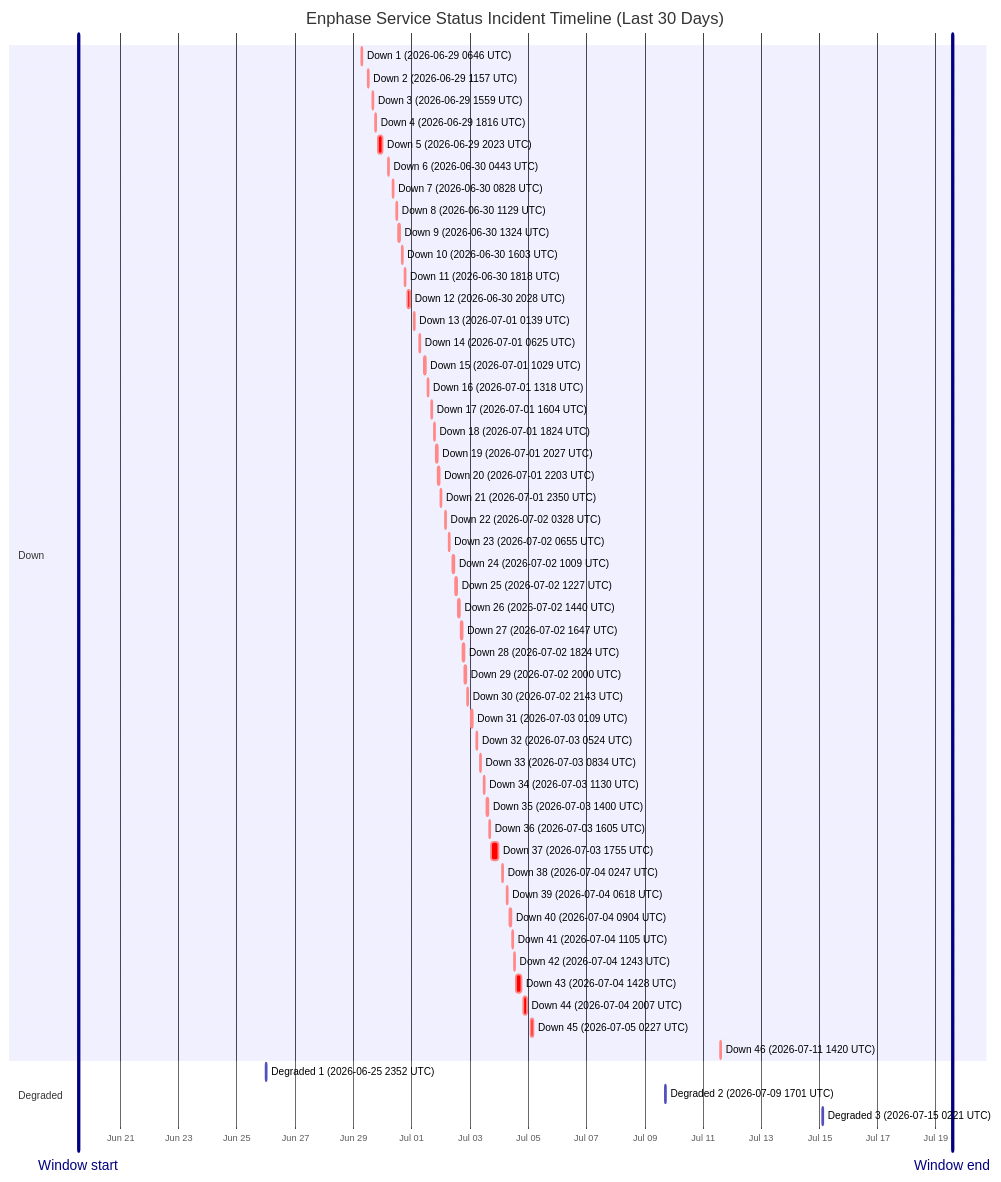
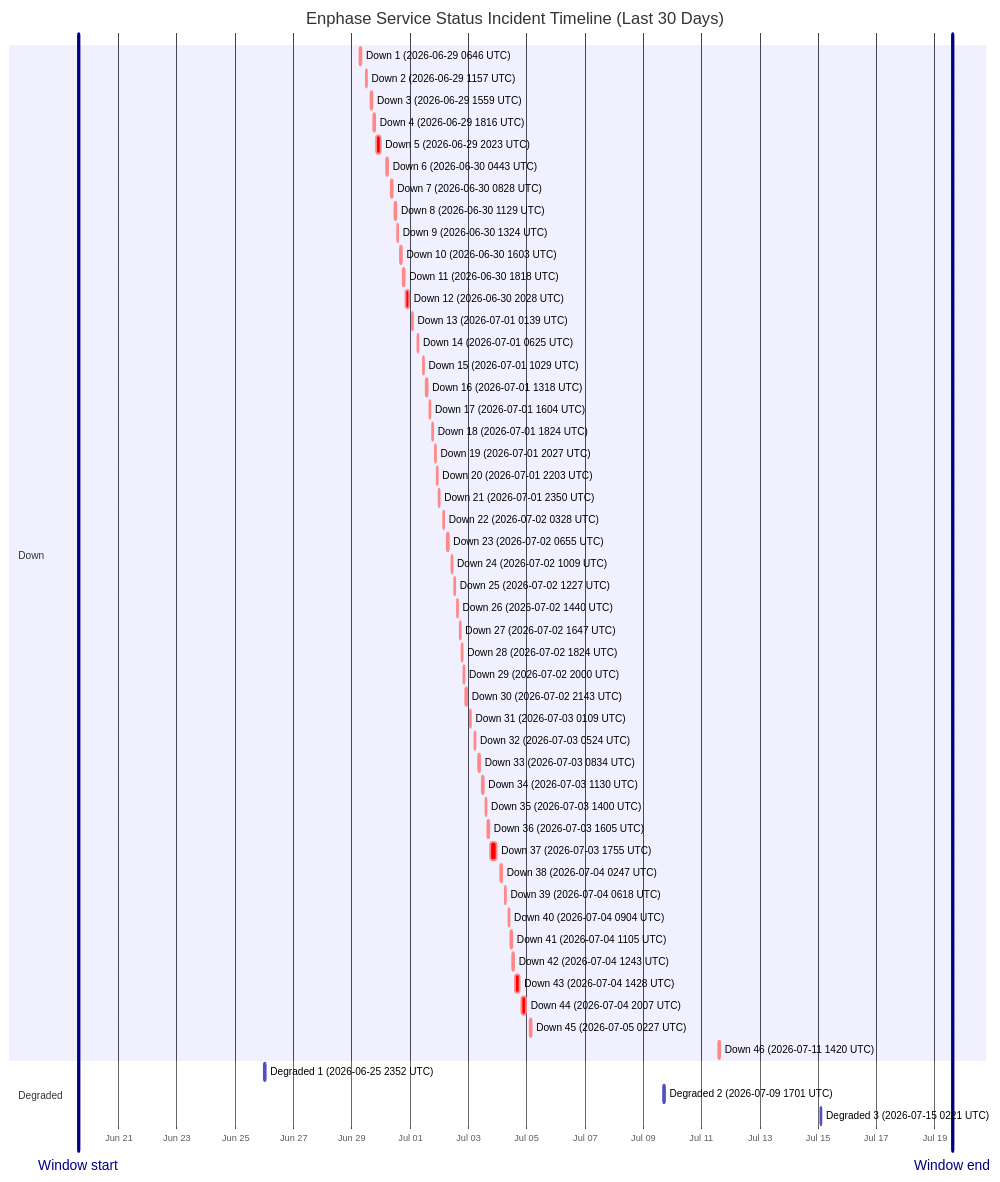
The diagram in wiki/Service-Status-History.md (barneyonline/ha-enphase-energy), drawn with Mermaid before and after one commit. The commit also changed other lines of this file and 3 other files, not shown here.

````diff
--- a/wiki/Service-Status-History.md
+++ b/wiki/Service-Status-History.md
@@ -14,59 +14,59 @@
 ```mermaid
 gantt
     title Enphase Service Status Incident Timeline (Last 30 Days)
     dateFormat  YYYY-MM-DDTHH:mm:ss
     axisFormat  %b %d
-    Window start :vert, window-start, 2026-06-19T13:21:26, 0ms
-    Window end :vert, window-end, 2026-07-19T13:21:26, 0ms
+    Window start :vert, window-start, 2026-06-19T14:37:55, 0ms
+    Window end :vert, window-end, 2026-07-19T14:37:55, 0ms
     section Down
     Down 1 (2026-06-29 0646 UTC) :crit, down-1, 2026-06-29T06:46:18, 60m
     Down 2 (2026-06-29 1157 UTC) :crit, down-2, 2026-06-29T11:57:36, 60m
     Down 3 (2026-06-29 1559 UTC) :crit, down-3, 2026-06-29T15:59:02, 60m
     Down 4 (2026-06-29 1816 UTC) :crit, down-4, 2026-06-29T18:16:38, 60m
     Down 5 (2026-06-29 2023 UTC) :crit, down-5, 2026-06-29T20:23:16, 220m
     Down 6 (2026-06-30 0443 UTC) :crit, down-6, 2026-06-30T04:43:54, 60m
     Down 7 (2026-06-30 0828 UTC) :crit, down-7, 2026-06-30T08:28:43, 60m
     Down 8 (2026-06-30 1129 UTC) :crit, down-8, 2026-06-30T11:29:15, 60m
     Down 9 (2026-06-30 1324 UTC) :crit, down-9, 2026-06-30T13:24:25, 60m
     Down 10 (2026-06-30 1603 UTC) :crit, down-10, 2026-06-30T16:03:26, 60m
     Down 11 (2026-06-30 1818 UTC) :crit, down-11, 2026-06-30T18:18:39, 60m
     Down 12 (2026-06-30 2028 UTC) :crit, down-12, 2026-06-30T20:28:54, 171m
     Down 13 (2026-07-01 0139 UTC) :crit, down-13, 2026-07-01T01:39:18, 60m
     Down 14 (2026-07-01 0625 UTC) :crit, down-14, 2026-07-01T06:25:35, 60m
     Down 15 (2026-07-01 1029 UTC) :crit, down-15, 2026-07-01T10:29:24, 60m
     Down 16 (2026-07-01 1318 UTC) :crit, down-16, 2026-07-01T13:18:31, 60m
     Down 17 (2026-07-01 1604 UTC) :crit, down-17, 2026-07-01T16:04:29, 60m
     Down 18 (2026-07-01 1824 UTC) :crit, down-18, 2026-07-01T18:24:21, 60m
     Down 19 (2026-07-01 2027 UTC) :crit, down-19, 2026-07-01T20:27:17, 60m
     Down 20 (2026-07-01 2203 UTC) :crit, down-20, 2026-07-01T22:03:46, 60m
     Down 21 (2026-07-01 2350 UTC) :crit, down-21, 2026-07-01T23:50:52, 60m
     Down 22 (2026-07-02 0328 UTC) :crit, down-22, 2026-07-02T03:28:33, 60m
     Down 23 (2026-07-02 0655 UTC) :crit, down-23, 2026-07-02T06:55:07, 60m
     Down 24 (2026-07-02 1009 UTC) :crit, down-24, 2026-07-02T10:09:15, 60m
     Down 25 (2026-07-02 1227 UTC) :crit, down-25, 2026-07-02T12:27:49, 60m
     Down 26 (2026-07-02 1440 UTC) :crit, down-26, 2026-07-02T14:40:53, 60m
     Down 27 (2026-07-02 1647 UTC) :crit, down-27, 2026-07-02T16:47:47, 60m
     Down 28 (2026-07-02 1824 UTC) :crit, down-28, 2026-07-02T18:24:26, 60m
     Down 29 (2026-07-02 2000 UTC) :crit, down-29, 2026-07-02T20:00:57, 60m
     Down 30 (2026-07-02 2143 UTC) :crit, down-30, 2026-07-02T21:43:52, 80m
     Down 31 (2026-07-03 0109 UTC) :crit, down-31, 2026-07-03T01:09:19, 60m
     Down 32 (2026-07-03 0524 UTC) :crit, down-32, 2026-07-03T05:24:23, 60m
     Down 33 (2026-07-03 0834 UTC) :crit, down-33, 2026-07-03T08:34:05, 60m
     Down 34 (2026-07-03 1130 UTC) :crit, down-34, 2026-07-03T11:30:41, 60m
     Down 35 (2026-07-03 1400 UTC) :crit, down-35, 2026-07-03T14:00:48, 60m
     Down 36 (2026-07-03 1605 UTC) :crit, down-36, 2026-07-03T16:05:49, 60m
     Down 37 (2026-07-03 1755 UTC) :crit, down-37, 2026-07-03T17:55:54, 338m
     Down 38 (2026-07-04 0247 UTC) :crit, down-38, 2026-07-04T02:47:22, 60m
     Down 39 (2026-07-04 0618 UTC) :crit, down-39, 2026-07-04T06:18:09, 60m
     Down 40 (2026-07-04 0904 UTC) :crit, down-40, 2026-07-04T09:04:41, 60m
     Down 41 (2026-07-04 1105 UTC) :crit, down-41, 2026-07-04T11:05:21, 60m
     Down 42 (2026-07-04 1243 UTC) :crit, down-42, 2026-07-04T12:43:25, 60m
     Down 43 (2026-07-04 1428 UTC) :crit, down-43, 2026-07-04T14:28:07, 243m
     Down 44 (2026-07-04 2007 UTC) :crit, down-44, 2026-07-04T20:07:50, 206m
     Down 45 (2026-07-05 0227 UTC) :crit, down-45, 2026-07-05T02:27:32, 109m
     Down 46 (2026-07-11 1420 UTC) :crit, down-46, 2026-07-11T14:20:54, 69m
     section Degraded
     Degraded 1 (2026-06-25 2352 UTC) :active, degraded-1, 2026-06-25T23:52:01, 60m
     Degraded 2 (2026-07-09 1701 UTC) :active, degraded-2, 2026-07-09T17:01:02, 60m
     Degraded 3 (2026-07-15 0221 UTC) :active, degraded-3, 2026-07-15T02:21:35, 60m
 ```
````
